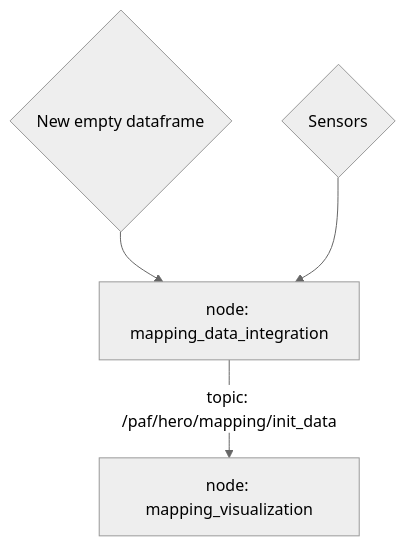
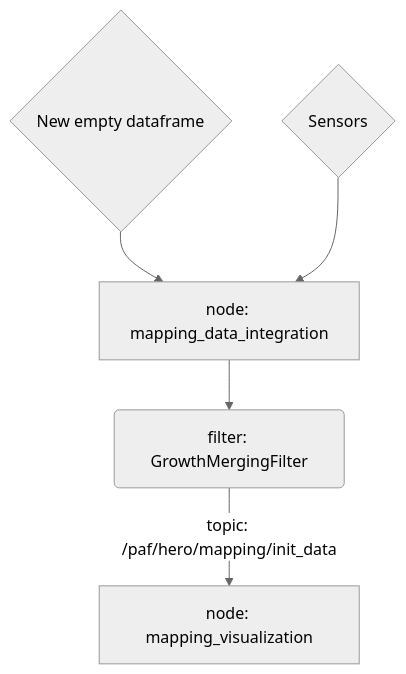
The diagram in code/mapping/README.md (una-auxme/paf), drawn with Mermaid (neutral theme) before and after one commit. The commit also changed other lines of this file, not shown here.

````diff
--- a/code/mapping/README.md
+++ b/code/mapping/README.md
@@ -31,6 +32,7 @@
 ```mermaid
 flowchart TD
     NF{New empty dataframe} --> A[node: mapping_data_integration]
     S{Sensors} --> A
-    A -->|topic: /paf/hero/mapping/init_data| 1[node: mapping_visualization]
+    A --> F1(filter: GrowthMergingFilter)
+    F1 -->|topic: /paf/hero/mapping/init_data| 1[node: mapping_visualization]
 ```
````
